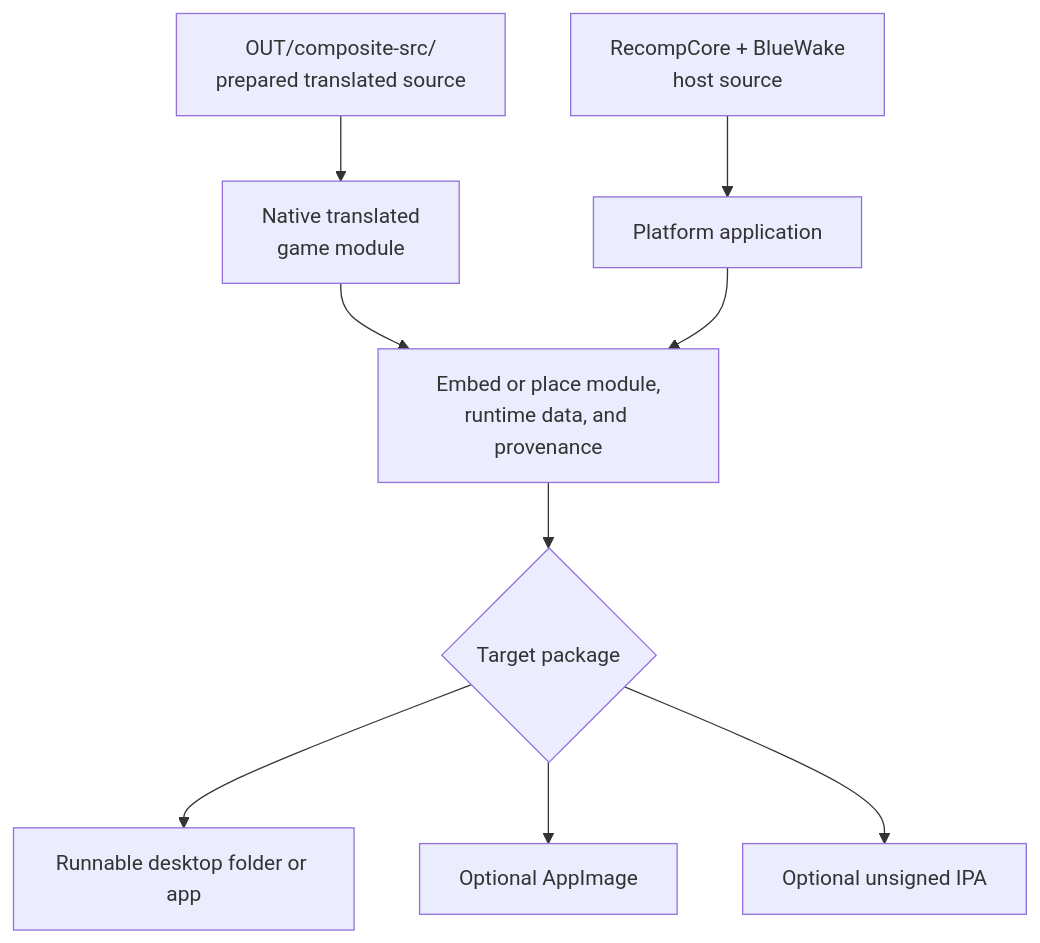
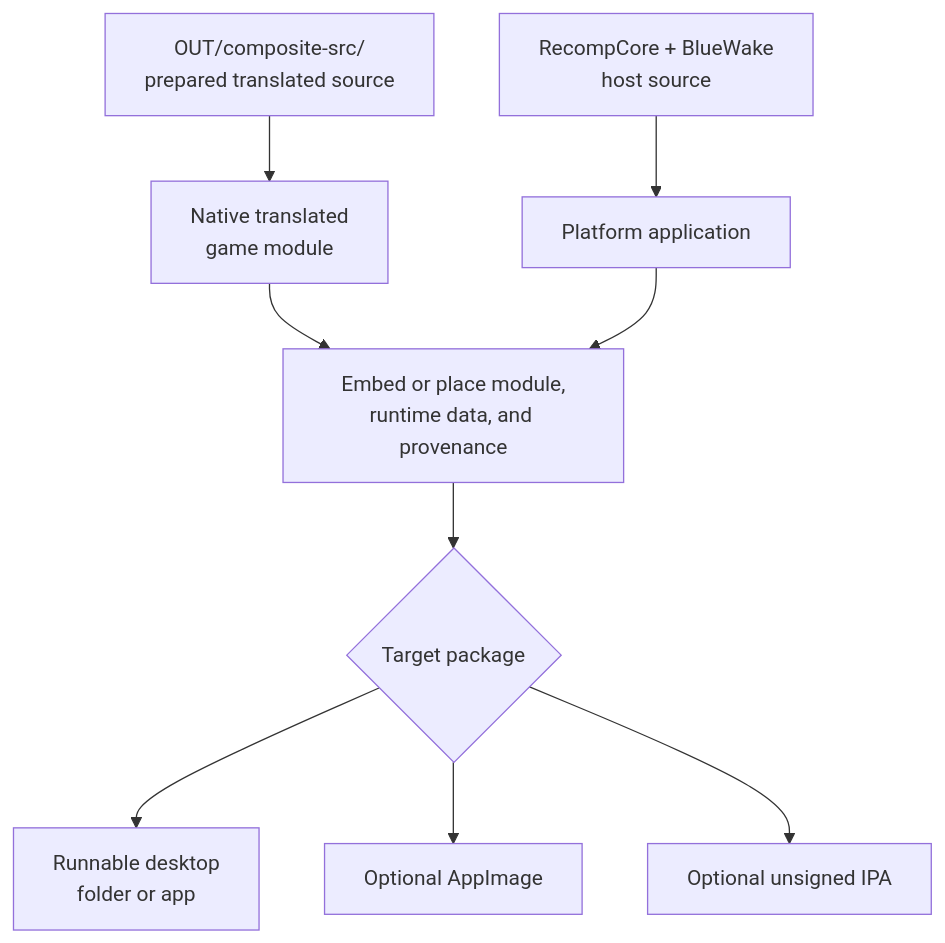
One commit to Aelbannan/boat_of_daphnes changed the tenth of 10 diagrams in docs/architecture/Build.md. Above: the diagram before and after it, drawn with Mermaid. The commit also changed other lines of this file, not shown here.

Commit message:
docs: wrap build diagram labels

````diff
--- a/docs/architecture/Build.md
+++ b/docs/architecture/Build.md
@@ -498,20 +498,20 @@
 ```mermaid
 flowchart TD
     Composite["OUT/composite-src/<br/>prepared translated source"]
     Runtime["RecompCore + BlueWake<br/>host source"]
     Module["Native translated<br/>game module"]
     Host["Platform application"]
     Assemble["Embed or place module,<br/>runtime data, and provenance"]
     Package{"Target package"}
-    Desktop["Runnable desktop folder or app"]
+    Desktop["Runnable desktop<br/>folder or app"]
     AppImage["Optional AppImage"]
     IPA["Optional unsigned IPA"]
 
     Composite --> Module
     Runtime --> Host
     Module --> Assemble
     Host --> Assemble --> Package
     Package --> Desktop
     Package --> AppImage
     Package --> IPA
 ```
````
